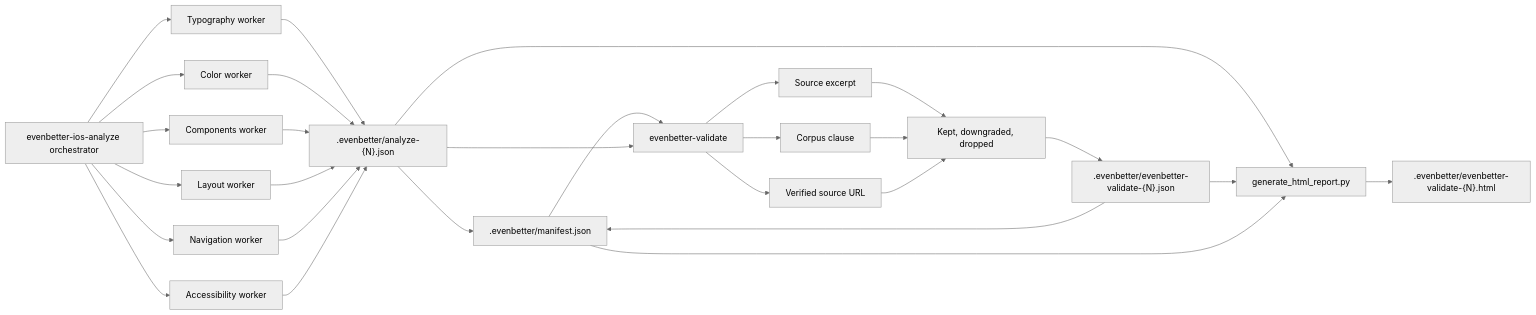
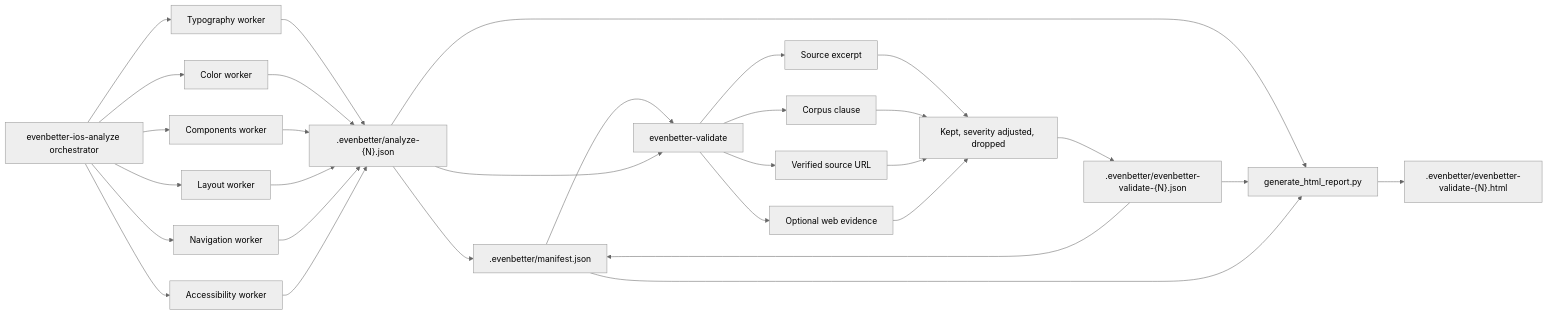
One commit to MelloBirkan/EvenBetterFramework changed the diagram in plugins/evenbetter-ios/skills/evenbetter-validate/references/architecture.md. Above: the diagram before and after it, drawn with Mermaid (neutral theme). The commit also changed other lines of this file and 10 other files, not shown here.

````diff
--- a/plugins/evenbetter-ios/skills/evenbetter-validate/references/architecture.md
+++ b/plugins/evenbetter-ios/skills/evenbetter-validate/references/architecture.md
@@ -5,30 +5,32 @@
 ```mermaid
 flowchart LR
   A["evenbetter-ios-analyze orchestrator"] --> B["Typography worker"]
   A --> C["Color worker"]
   A --> D["Components worker"]
   A --> E["Layout worker"]
   A --> F["Navigation worker"]
   A --> G["Accessibility worker"]
   B --> H[".evenbetter/analyze-{N}.json"]
   C --> H
   D --> H
   E --> H
   F --> H
   G --> H
   H --> O[".evenbetter/manifest.json"]
   O --> I["evenbetter-validate"]
   H --> I
   I --> J["Source excerpt"]
   I --> K["Corpus clause"]
   I --> L["Verified source URL"]
-  J --> M["Kept, downgraded, dropped"]
+  I --> R["Optional web evidence"]
+  J --> M["Kept, severity adjusted, dropped"]
   K --> M
   L --> M
+  R --> M
   M --> N[".evenbetter/evenbetter-validate-{N}.json"]
   H --> P["generate_html_report.py"]
   N --> P
   O --> P
   P --> Q[".evenbetter/evenbetter-validate-{N}.html"]
   N --> O
 ```
````
